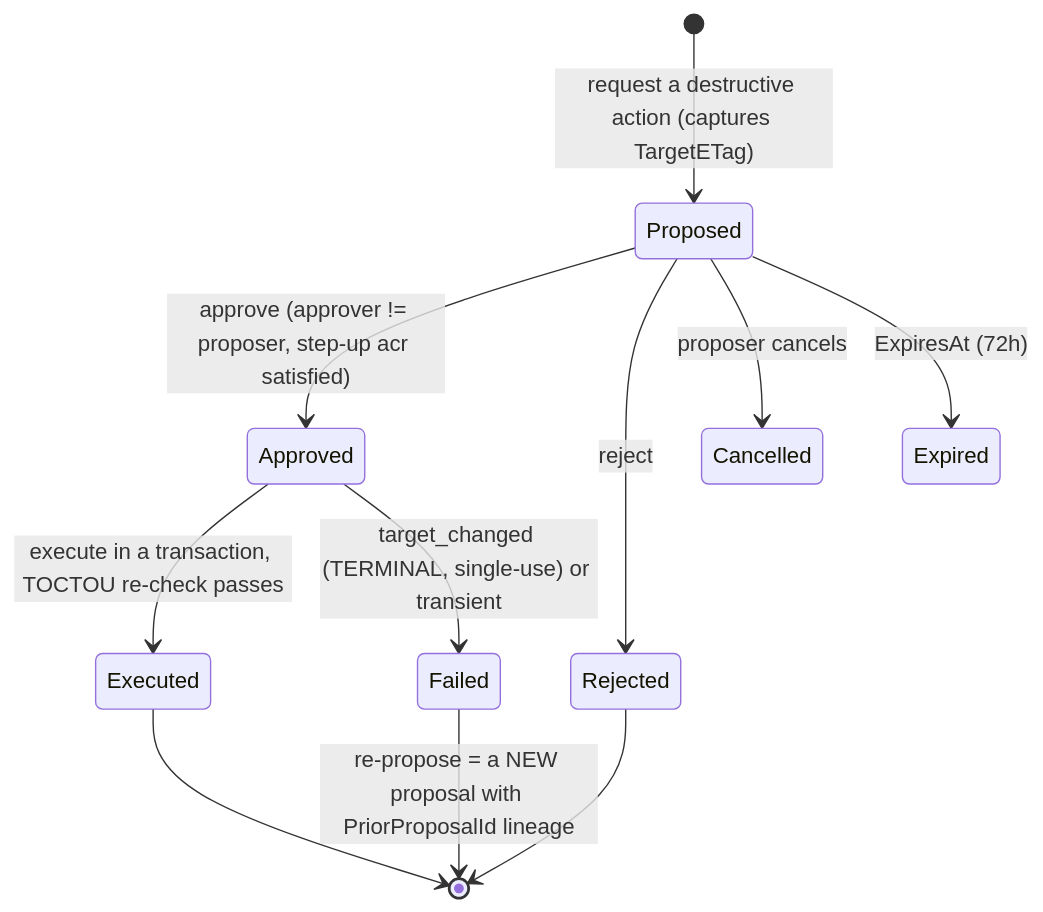
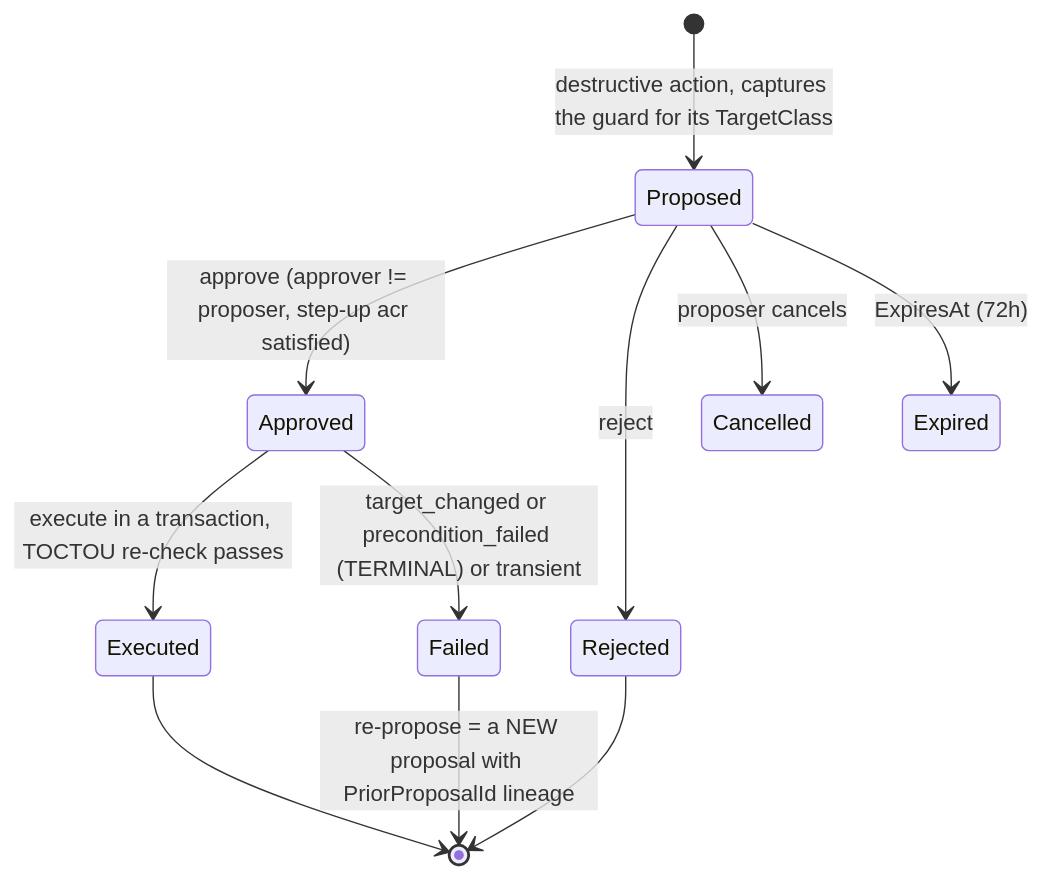
Before and after one commit to namphuongtran/nami: the first of 2 diagrams in docs/design/15-admin-api.md, drawn with Mermaid. The commit also changed other lines of this file and 7 other files, not shown here.

First line of the commit message:
docs: settle the admin surface by rule, and give the dual-control guard a target it can check

````diff
--- a/docs/design/15-admin-api.md
+++ b/docs/design/15-admin-api.md
@@ -247,13 +282,13 @@
 ```mermaid
 stateDiagram-v2
-  [*] --> Proposed: request a destructive action (captures TargetETag)
+  [*] --> Proposed: destructive action, captures the guard for its TargetClass
   Proposed --> Approved: approve (approver != proposer, step-up acr satisfied)
   Proposed --> Rejected: reject
   Proposed --> Cancelled: proposer cancels
   Proposed --> Expired: ExpiresAt (72h)
   Approved --> Executed: execute in a transaction, TOCTOU re-check passes
-  Approved --> Failed: target_changed (TERMINAL, single-use) or transient
+  Approved --> Failed: target_changed or precondition_failed (TERMINAL) or transient
   Executed --> [*]
   Rejected --> [*]
   Failed --> [*]: re-propose = a NEW proposal with PriorProposalId lineage
 ```
````
